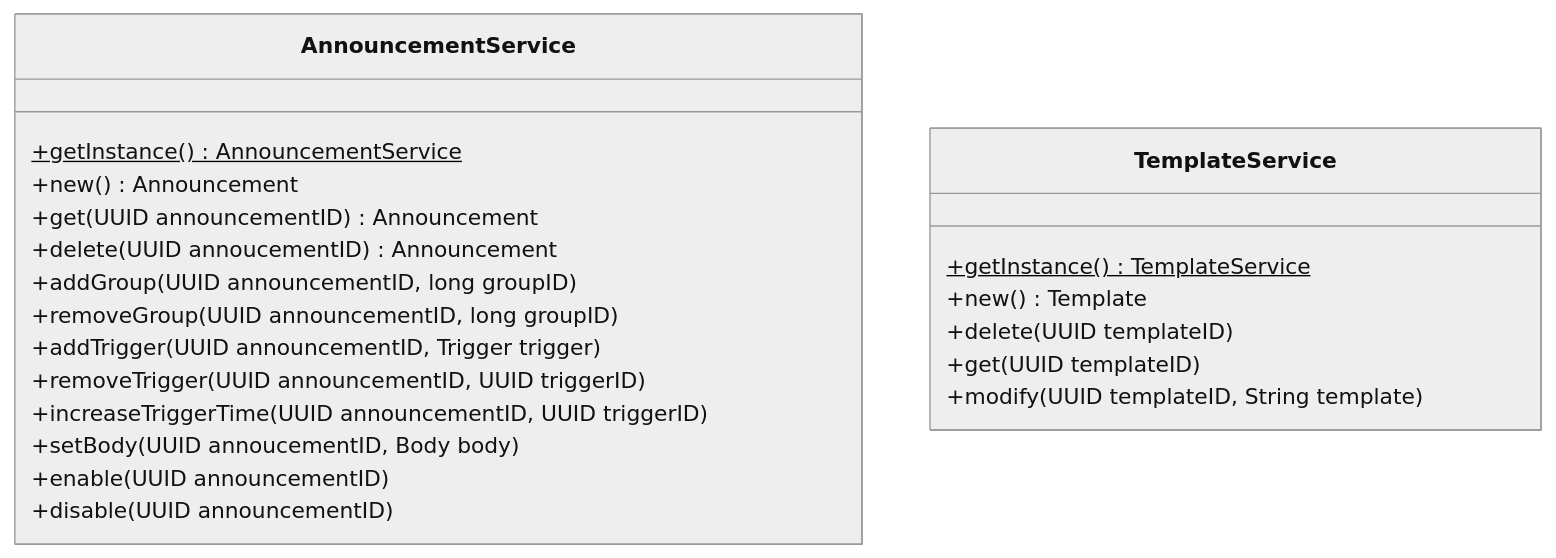
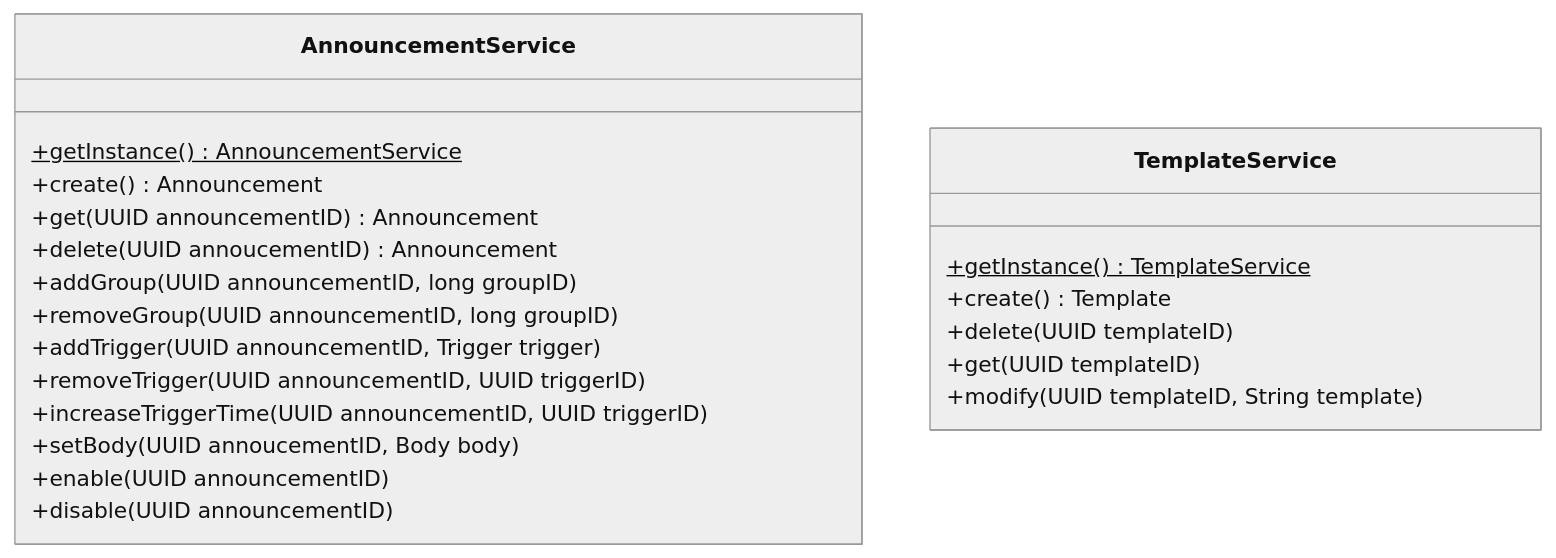
Before and after one commit to nanoyou/MaidNana: the third of 3 diagrams in docs/class-diagram.md, drawn with Mermaid (neutral theme). The commit also changed other lines of this file, not shown here.

Commit message:
doc: 修改方法名称

````diff
--- a/docs/class-diagram.md
+++ b/docs/class-diagram.md
@@ -86,26 +86,26 @@
 ```mermaid
 classDiagram
 class AnnouncementService {
     +getInstance()$ AnnouncementService
     
-    +new() Announcement
+    +create() Announcement
     +get(UUID announcementID) Announcement
     +delete(UUID annoucementID) Announcement
     +addGroup(UUID announcementID, long groupID)
     +removeGroup(UUID announcementID, long groupID)
     +addTrigger(UUID announcementID, Trigger trigger)
     +removeTrigger(UUID announcementID, UUID triggerID)
     +increaseTriggerTime(UUID announcementID, UUID triggerID)
     +setBody(UUID annoucementID, Body body)
     +enable(UUID announcementID)
     +disable(UUID announcementID)
 }
 class TemplateService {
     +getInstance()$ TemplateService
     
-    +new() Template
+    +create() Template
     +delete(UUID templateID)
     +get(UUID templateID)
     +modify(UUID templateID, String template)
 }
 ```
````
